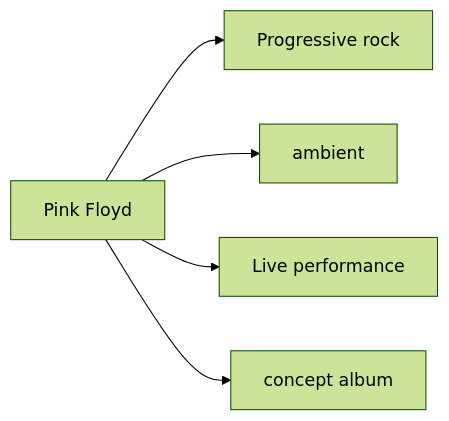
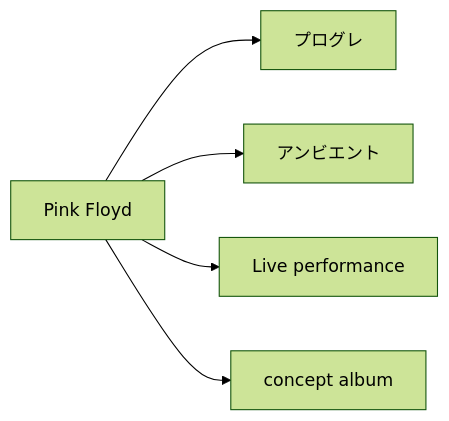
The sixth of 7 diagrams in en/_posts/2026-04-25-column-pink-floyd.md (monumental-movement/monumental-movement.github.io), drawn with Mermaid (forest theme) before and after one commit. The commit also changed other lines of this file and 1012 other files, not shown here.

```diff
--- a/en/_posts/2026-04-25-column-pink-floyd.md
+++ b/en/_posts/2026-04-25-column-pink-floyd.md
@@ -184,7 +184,7 @@
 <div class="mermaid">
 graph LR
-    A[Pink Floyd] --> B[Progressive rock]
-    A --> C[ambient]
+    A[Pink Floyd] --> B[プログレ]
+    A --> C[アンビエント]
     A --> D[Live performance]
     A --> E[concept album]
 </div>
```
